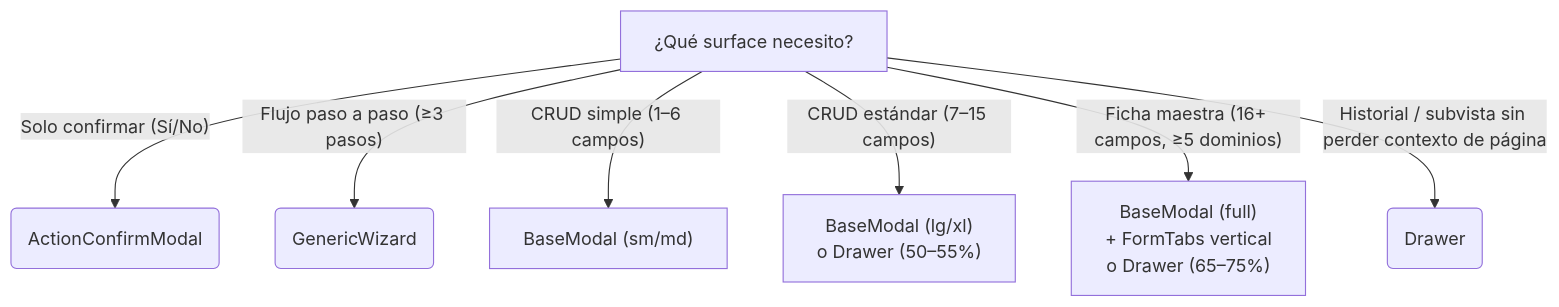
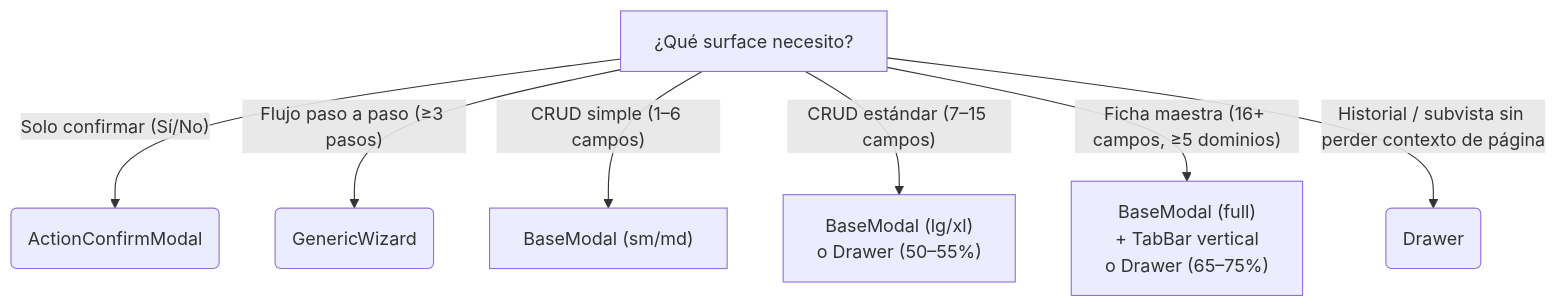
Before and after one commit to Patricoaa/ERPGrafico: the sixth of 6 diagrams in docs/20-contracts/component-decision-tree.md, drawn with Mermaid. The commit also changed other lines of this file and 22 other files, not shown here.

````diff
--- a/docs/20-contracts/component-decision-tree.md
+++ b/docs/20-contracts/component-decision-tree.md
@@ -134,10 +134,10 @@
 ```mermaid
 graph TD
     A["¿Qué surface necesito?"]
     A -->|"Solo confirmar (Sí/No)"| B(ActionConfirmModal)
     A -->|"Flujo paso a paso (≥3 pasos)"| C(GenericWizard)
     A -->|"CRUD simple (1–6 campos)"| D["BaseModal (sm/md)"]
     A -->|"CRUD estándar (7–15 campos)"| E["BaseModal (lg/xl)<br/>o Drawer (50–55%)"]
-    A -->|"Ficha maestra (16+ campos, ≥5 dominios)"| F["BaseModal (full)<br/>+ FormTabs vertical<br/>o Drawer (65–75%)"]
+    A -->|"Ficha maestra (16+ campos, ≥5 dominios)"| F["BaseModal (full)<br/>+ TabBar vertical<br/>o Drawer (65–75%)"]
     A -->|"Historial / subvista sin perder contexto de página"| H(Drawer)
 ```
````
